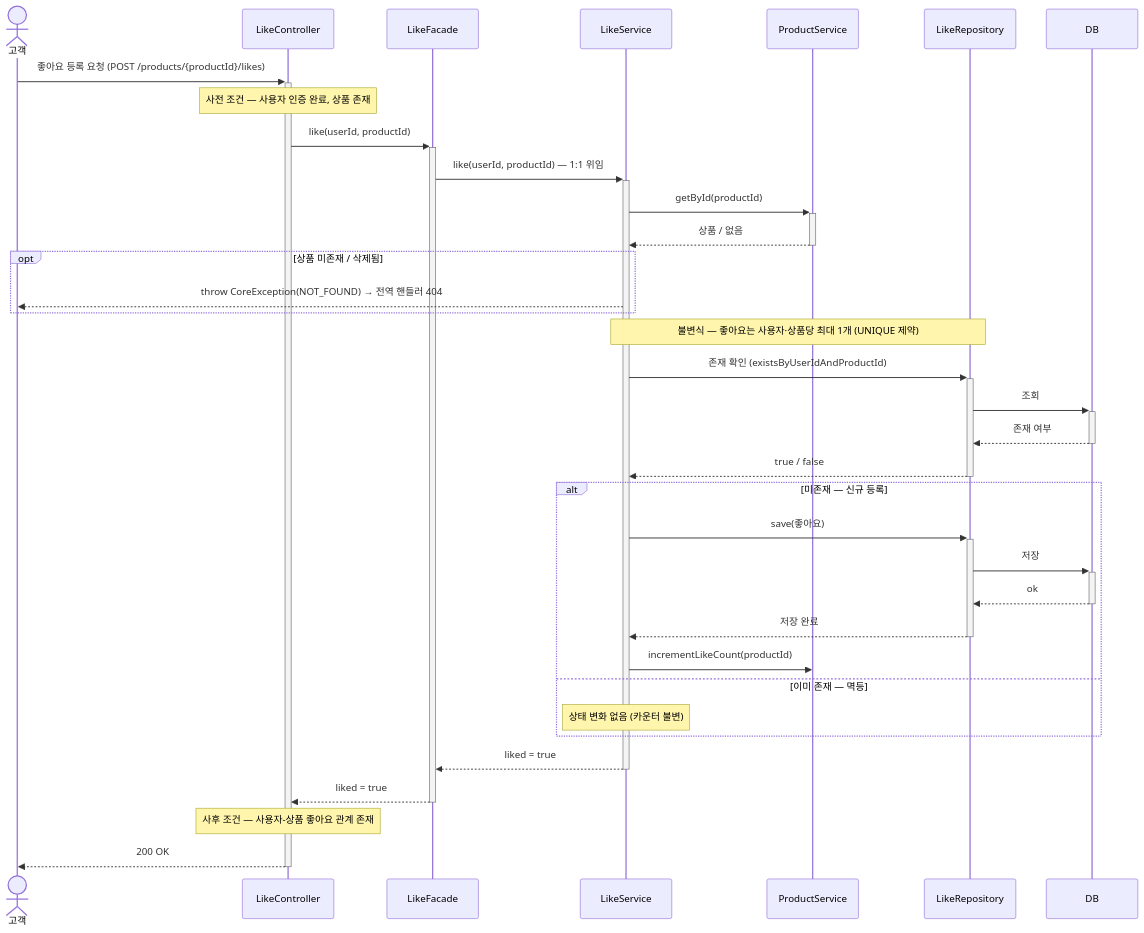
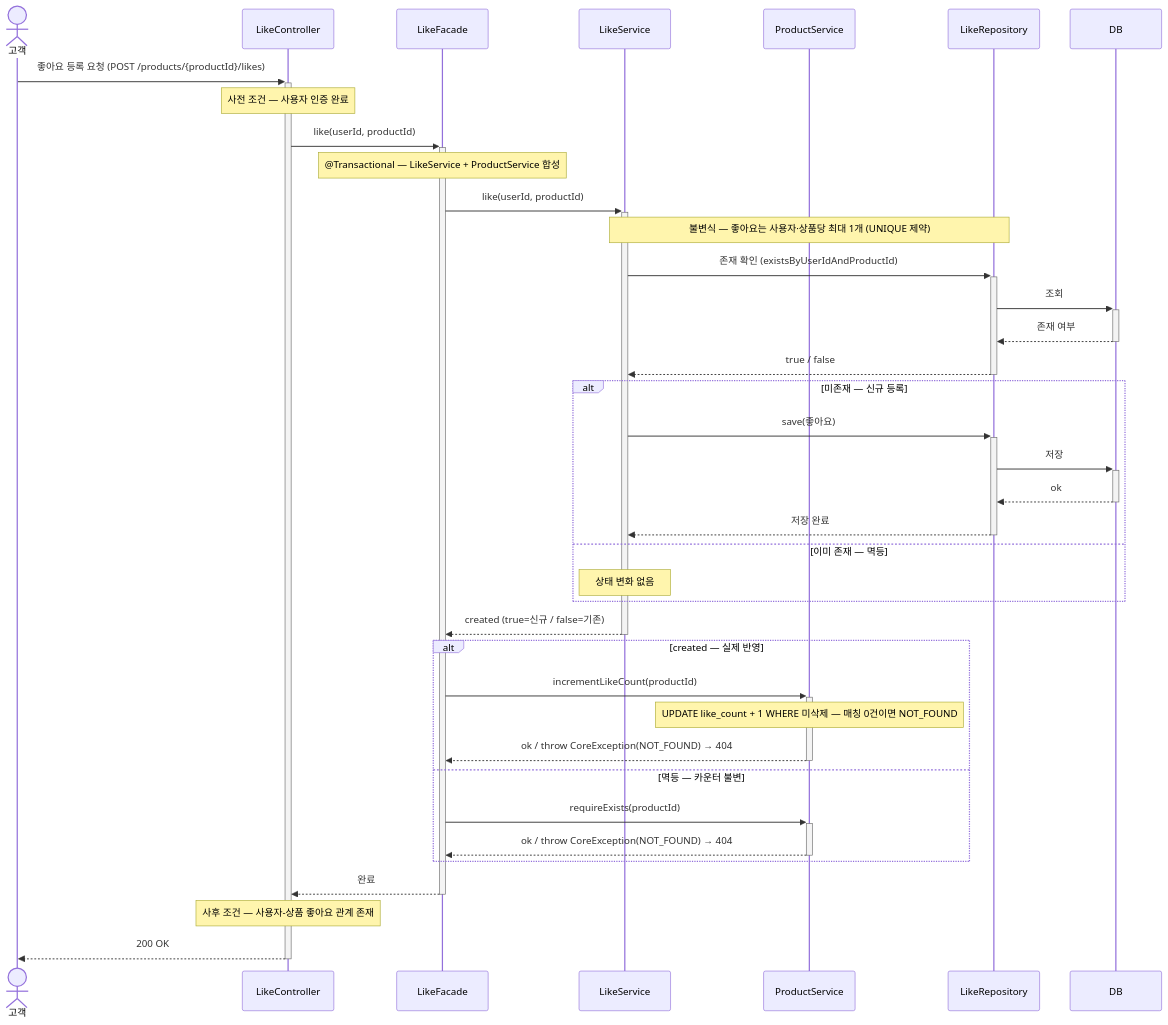
The second of 5 diagrams in .docs/design/02-sequence-diagrams.md (loopers-labs/loop-pack-be-l2-vol4-java), drawn with Mermaid before and after one commit. The commit also changed other lines of this file and 1 other file, not shown here.

Commit message:
docs: 좋아요 설계 문서(D7)를 LikeFacade 합성 구현에 맞춤
D7 결정과 좋아요 등록/취소 시퀀스가 옛 설계(LikeService가 ProductService와 협력)를
서술하고 있어 실제 구현(LikeFacade가 LikeService+ProductService를 합성)과 어긋났다.
- D7: Service↔Service 예외 서술을 제거하고 Facade 합성으로 재서술
- 시퀀스 2개: 카운터 증감 호출 주체를 LikeService → LikeFacade로 정정
- 주석: 멱등 분기가 Facade에 있는 이유(Service↔Service 금지 우선)를 명시

````diff
--- a/.docs/design/02-sequence-diagrams.md
+++ b/.docs/design/02-sequence-diagrams.md
@@ -62,38 +62,41 @@
 ```mermaid
 sequenceDiagram
     actor C as 고객
     participant Ctl as LikeController
     participant F as LikeFacade
     participant S as LikeService
     participant PS as ProductService
     participant LR as LikeRepository
     participant DB as DB
 
     C->>+Ctl: 좋아요 등록 요청 (POST /products/{productId}/likes)
-    Note over Ctl: 사전 조건 — 사용자 인증 완료, 상품 존재
+    Note over Ctl: 사전 조건 — 사용자 인증 완료
     Ctl->>+F: like(userId, productId)
-    F->>+S: like(userId, productId) — 1:1 위임
-    S->>+PS: getById(productId)
-    PS-->>-S: 상품 / 없음
-    opt 상품 미존재 / 삭제됨
-        S-->>C: throw CoreException(NOT_FOUND) → 전역 핸들러 404
-    end
+    Note over F: @Transactional — LikeService + ProductService 합성
+    F->>+S: like(userId, productId)
     Note over S,LR: 불변식 — 좋아요는 사용자·상품당 최대 1개 (UNIQUE 제약)
     S->>+LR: 존재 확인 (existsByUserIdAndProductId)
     LR->>+DB: 조회
     DB-->>-LR: 존재 여부
     LR-->>-S: true / false
     alt 미존재 — 신규 등록
         S->>+LR: save(좋아요)
         LR->>+DB: 저장
         DB-->>-LR: ok
         LR-->>-S: 저장 완료
-        S->>PS: incrementLikeCount(productId)
     else 이미 존재 — 멱등
-        Note over S: 상태 변화 없음 (카운터 불변)
+        Note over S: 상태 변화 없음
     end
-    S-->>-F: liked = true
-    F-->>-Ctl: liked = true
+    S-->>-F: created (true=신규 / false=기존)
+    alt created — 실제 반영
+        F->>+PS: incrementLikeCount(productId)
+        Note over PS: UPDATE like_count + 1 WHERE 미삭제 — 매칭 0건이면 NOT_FOUND
+        PS-->>-F: ok / throw CoreException(NOT_FOUND) → 404
+    else 멱등 — 카운터 불변
+        F->>+PS: requireExists(productId)
+        PS-->>-F: ok / throw CoreException(NOT_FOUND) → 404
+    end
+    F-->>-Ctl: 완료
     Note over Ctl: 사후 조건 — 사용자-상품 좋아요 관계 존재
     Ctl-->>-C: 200 OK
 ```
````
